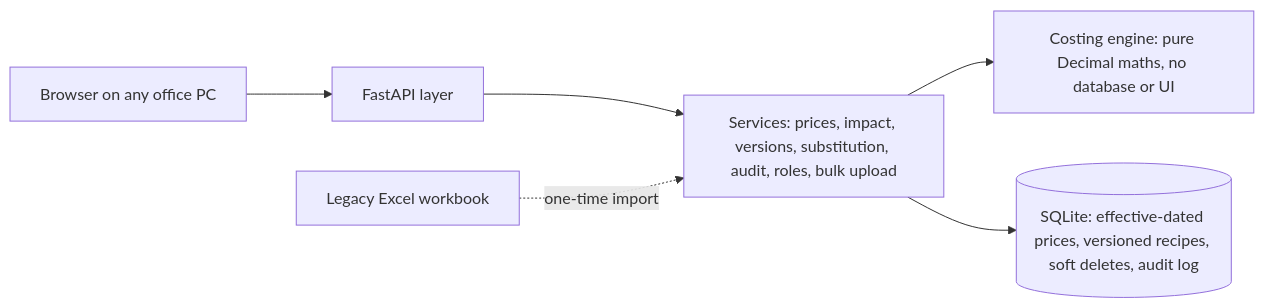
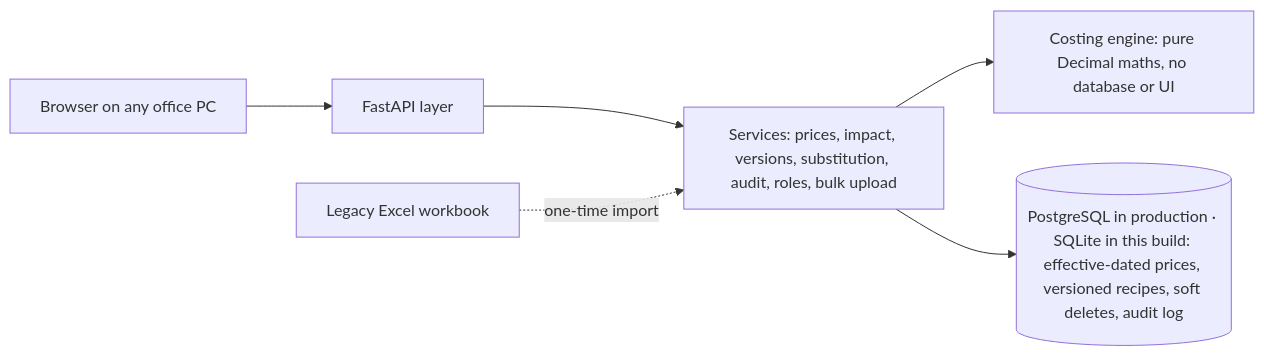
One commit to abhishekvtiwari/manufacturing-costing-engine changed the diagram in README.md. Above: the diagram before and after it, drawn with Mermaid. The commit also changed other lines of this file and 1 other file, not shown here.

Commit message:
Make the database wording consistent with production on PostgreSQL

````diff
--- a/README.md
+++ b/README.md
@@ -122,8 +122,8 @@
 ```mermaid
 flowchart LR
   B[Browser on any office PC] --> API[FastAPI layer]
   API --> S[Services: prices, impact, versions, substitution, audit, roles, bulk upload]
   S --> E[Costing engine: pure Decimal maths, no database or UI]
-  S --> DB[(SQLite: effective-dated prices, versioned recipes, soft deletes, audit log)]
+  S --> DB[(PostgreSQL in production · SQLite in this build: effective-dated prices, versioned recipes, soft deletes, audit log)]
   X[Legacy Excel workbook] -. one-time import .-> S
 ```
````
